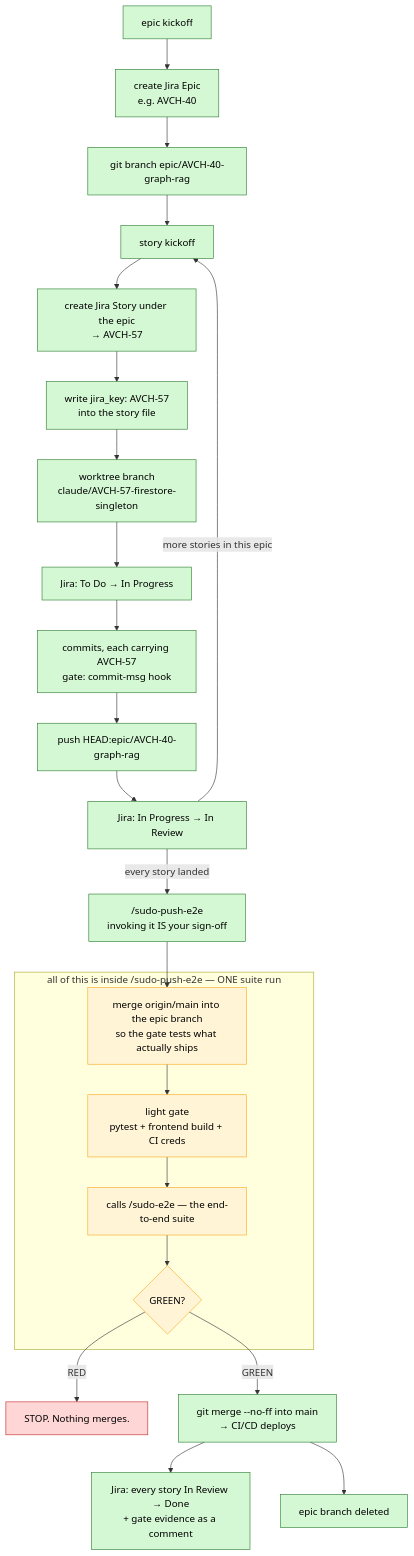
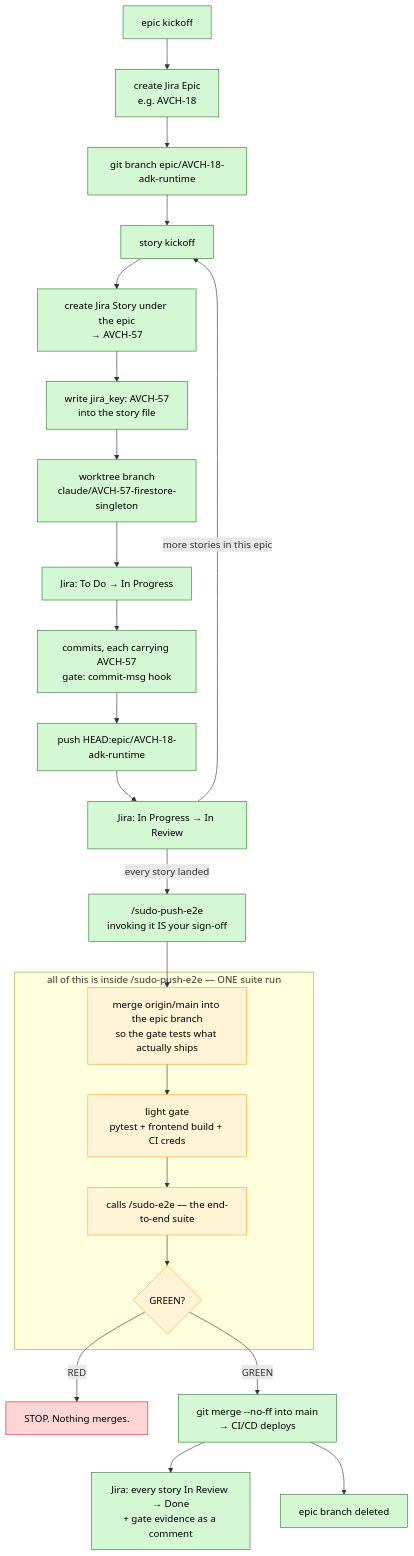
One commit to sudomadhatter/Sudo_Hatter_Command changed the sixth of 9 diagrams in _my_resources/diagrams_guides/system/jira_integration_guide.md. Above: the diagram before and after it, drawn with Mermaid. The commit also changed other lines of this file and 3 other files, not shown here.

````diff
--- a/_my_resources/diagrams_guides/system/jira_integration_guide.md
+++ b/_my_resources/diagrams_guides/system/jira_integration_guide.md
@@ -171,37 +308,37 @@
 ```mermaid
 flowchart TD
-    START["epic kickoff"] --> EPICJ["create Jira Epic\ne.g. AVCH-40"]
-    EPICJ --> EPICB["git branch epic/AVCH-40-graph-rag"]
+    START["epic kickoff"] --> EPICJ["create Jira Epic\ne.g. AVCH-18"]
+    EPICJ --> EPICB["git branch epic/AVCH-18-adk-runtime"]
 
     EPICB --> STORY["story kickoff"]
     STORY --> TICKET["create Jira Story under the epic\n→ AVCH-57"]
     TICKET --> STAMP["write jira_key: AVCH-57\ninto the story file"]
     STAMP --> WT["worktree branch\nclaude/AVCH-57-firestore-singleton"]
 
     WT --> INPROG["Jira: To Do → In Progress"]
     INPROG --> WORK["commits, each carrying AVCH-57\ngate: commit-msg hook"]
-    WORK --> LAND["push HEAD:epic/AVCH-40-graph-rag"]
+    WORK --> LAND["push HEAD:epic/AVCH-18-adk-runtime"]
     LAND --> REVIEW["Jira: In Progress → In Review"]
     REVIEW -->|"more stories in this epic"| STORY
     REVIEW -->|"every story landed"| SHIP
 
     SHIP["/sudo-push-e2e\ninvoking it IS your sign-off"] --> SYNC
 
     subgraph PUSH["all of this is inside /sudo-push-e2e — ONE suite run"]
         SYNC["merge origin/main into the epic branch\nso the gate tests what actually ships"] --> LIGHT
         LIGHT["light gate\npytest + frontend build + CI creds"] --> E2E
         E2E["calls /sudo-e2e — the end-to-end suite"] --> VERDICT{"GREEN?"}
     end
 
     VERDICT -->|"RED"| STOP["STOP. Nothing merges."]
     VERDICT -->|"GREEN"| MERGE["git merge --no-ff into main\n→ CI/CD deploys"]
     MERGE --> DONE["Jira: every story In Review → Done\n+ gate evidence as a comment"]
     MERGE --> DEL["epic branch deleted"]
 
     classDef good fill:#d4f7d4,stroke:#2e7d32,color:#000
     classDef bad fill:#ffd6d6,stroke:#c62828,color:#000
     classDef gate fill:#fff4d6,stroke:#f9a825,color:#000
     class START,EPICJ,EPICB,STORY,TICKET,STAMP,WT,INPROG,WORK,LAND,REVIEW,SHIP,MERGE,DONE,DEL good
     class STOP bad
     class SYNC,LIGHT,E2E,VERDICT gate
 ```
````
